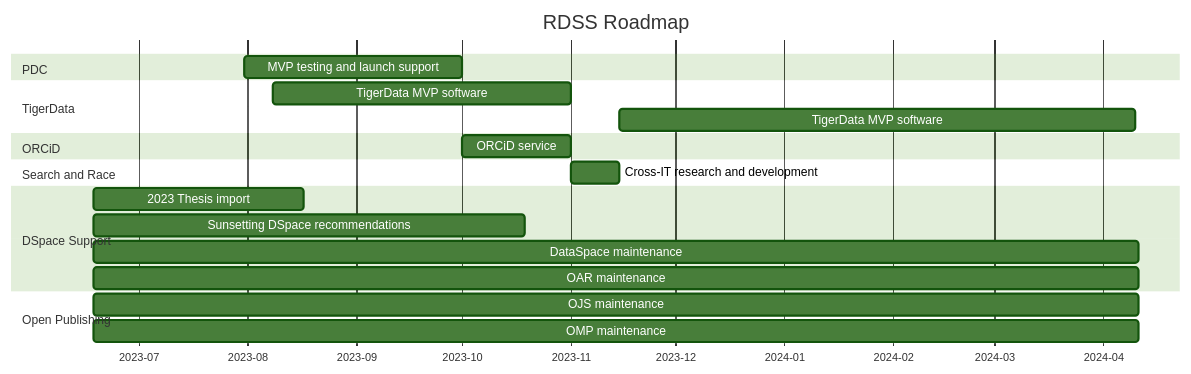
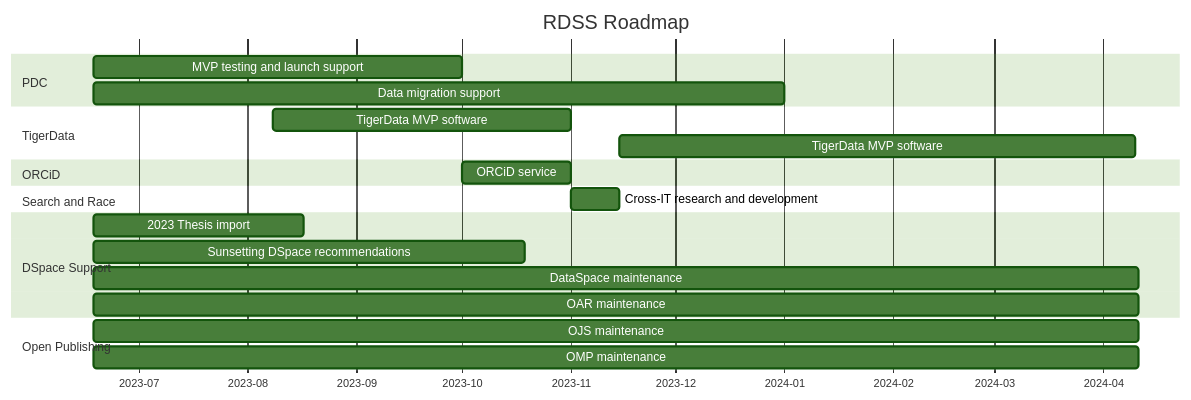
The first of 31 diagrams in roadmap.md (pulibrary/rdss-handbook), drawn with Mermaid (forest theme) before and after one commit.

Commit message:
Adjusted PDC swimlanes

````diff
--- a/roadmap.md
+++ b/roadmap.md
@@ -5,23 +5,24 @@
 ```mermaid
 gantt
     title RDSS Roadmap
     axisFormat  %Y-%m
     dateformat YYYY-MM
     section PDC
-    MVP testing and launch support: pd2,2023-07-31,62d
+    MVP testing and launch support: pd1,2023-06-18,105d
+    Data migration support: pd2,2023-06-18,197d
     section TigerData
     TigerData MVP software: td1,2023-08-08,85d
     TigerData MVP software: td2,2023-11-15,147d
     section ORCiD
     ORCiD service: pd3,2023-10-01,31d
     section Search and Race
     Cross-IT research and development: sar1,2023-11-01,14d
     section DSpace Support
     2023 Thesis import: dsp1,2023-06-18,60d
     Sunsetting DSpace recommendations: dsp2,2023-06-18,123d
     DataSpace maintenance: dsp3,2023-06-18,298d
     OAR maintenance: dsp4,2023-06-18,298d
     section Open Publishing
     OJS maintenance: op1,2023-06-18,298d
     OMP maintenance: op2,2023-06-18,298d
 ```
````
